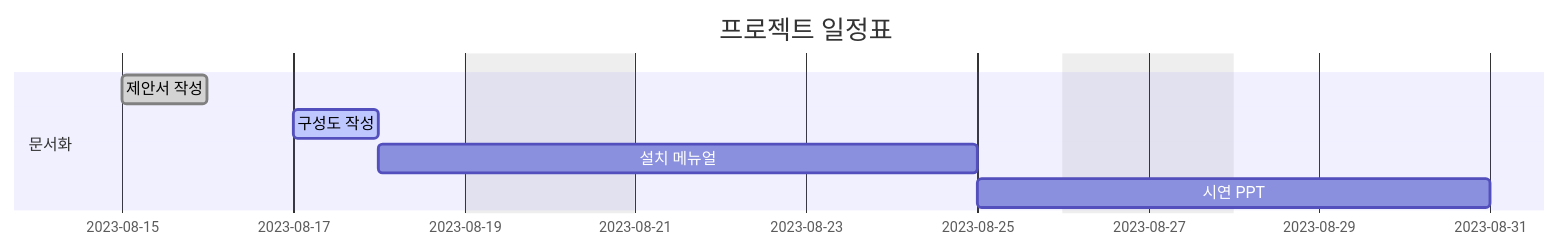
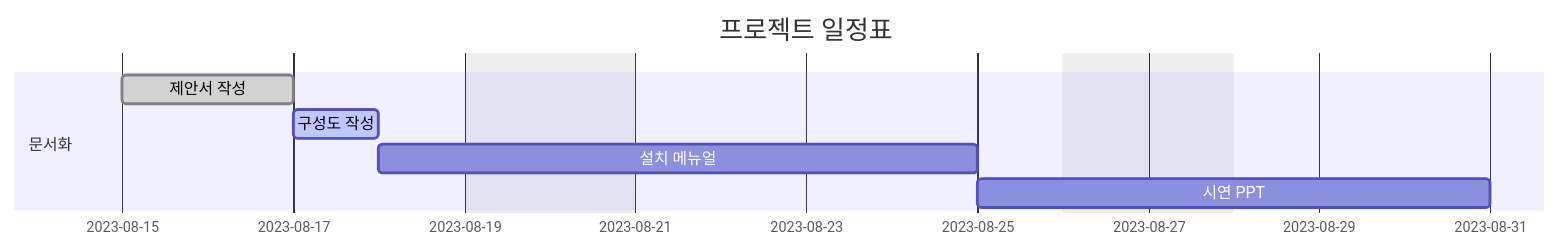
Before and after one commit to LOFL404/project1: the diagram in README.md, drawn with Mermaid.

````diff
--- a/README.md
+++ b/README.md
@@ -1,16 +1,16 @@
 ```mermaid
 gantt
     dateFormat  YYYY-MM-DD
     axisFormat  %Y-%m-%d
     title       프로젝트 일정표
     excludes    weekends saturday,sunday
     
     section 문서화
-    제안서 작성     :done,    a, 2023-08-15, 1d
+    제안서 작성     :done,    a, 2023-08-15, 2d
     구성도 작성     :active,  b, 2023-08-17, 1d
     설치 메뉴얼     :c, after b, 5d
     시연 PPT        :after c, 4d
 
     section 구현
     
 ```
````
